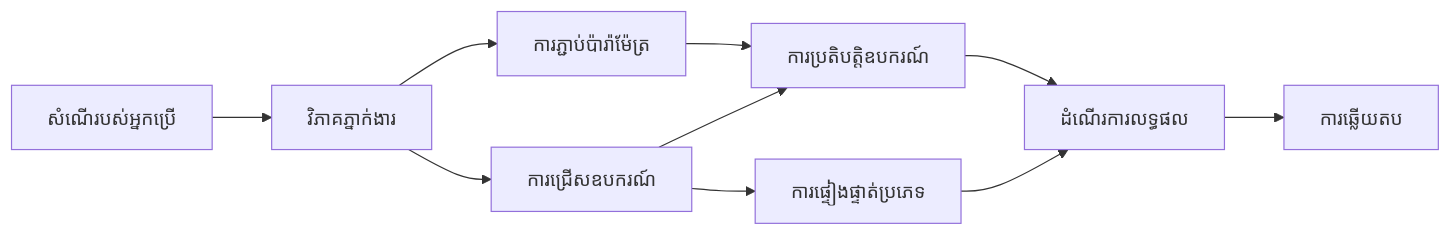
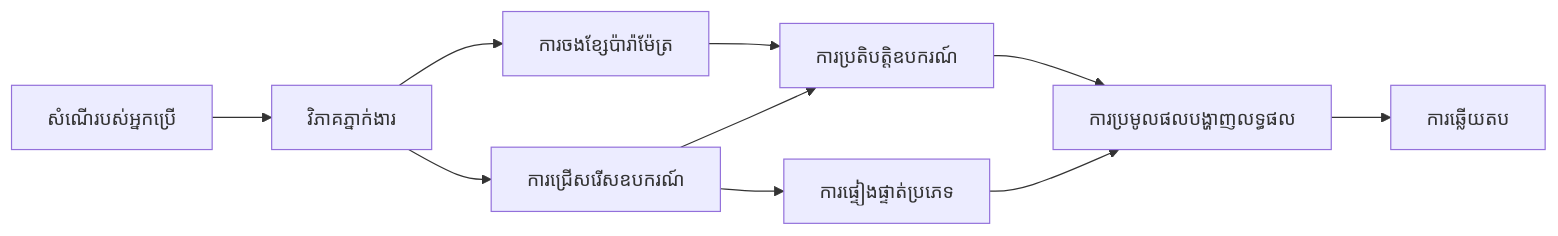
The diagram in translations/km/04-tool-use/code_samples/04-dotnet-agent-framework.md (venturemavenwill/azureaifundamentals), drawn with Mermaid before and after one commit. The commit also changed other lines of this file and 4861 other files, not shown here.

````diff
--- a/translations/km/04-tool-use/code_samples/04-dotnet-agent-framework.md
+++ b/translations/km/04-tool-use/code_samples/04-dotnet-agent-framework.md
@@ -40,12 +40,12 @@
 ```mermaid
 graph LR
     A[សំណើរបស់អ្នកប្រើ] --> B[វិភាគភ្នាក់ងារ]
-    B --> C[ការជ្រើសឧបករណ៍]
+    B --> C[ការជ្រើសរើសឧបករណ៍]
     C --> D[ការផ្ទៀងផ្ទាត់ប្រភេទ]
-    B --> E[ការភ្ជាប់ប៉ារ៉ាម៉ែត្រ]
-    E --> F[ការប្រតិបត្តិឧបករណ៍]
+    B --> E[ការចងខ្សែប៉ារ៉ាម៉ែត្រ]
+    E --> F[ការប្រតិបត្ដិឧបករណ៍]
     C --> F
-    F --> G[ដំណើរការលទ្ធផល]
+    F --> G[ការប្រមូលផលបង្ហាញលទ្ធផល]
     D --> G
     G --> H[ការឆ្លើយតប]
 ```
````
